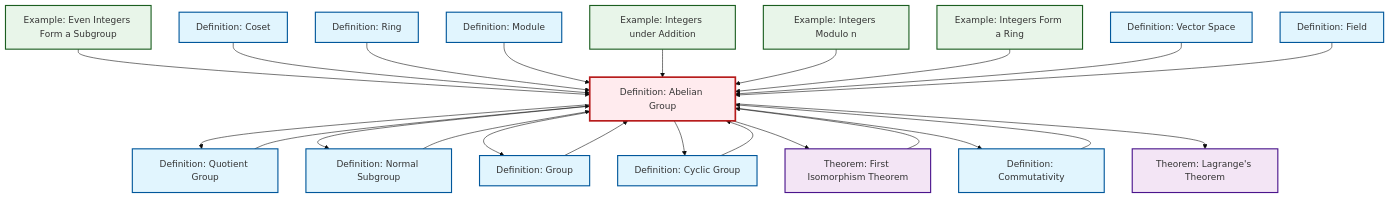
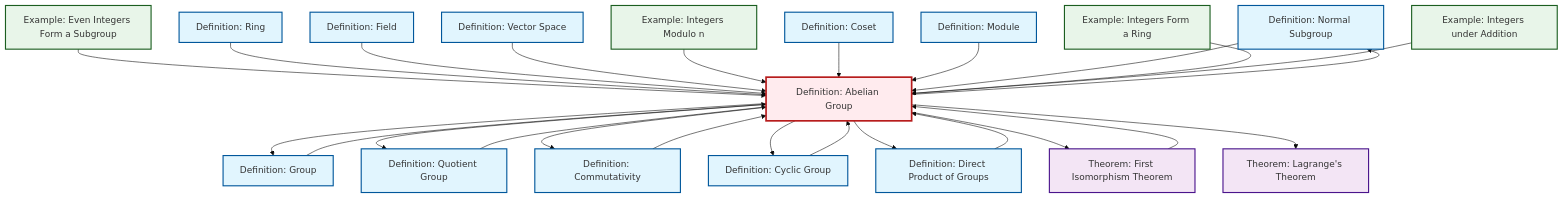
Before and after one commit to RK0429/ModernMath: the diagram in content/ja/algebra/def-abelian-group.qmd, drawn with Mermaid (base theme). The commit also changed other lines of this file and 360 other files, not shown here.

````diff
--- a/content/ja/algebra/def-abelian-group.qmd
+++ b/content/ja/algebra/def-abelian-group.qmd
@@ -102,65 +103,69 @@
 ```{mermaid}
 %%| fig-cap: "Local dependency graph"
 graph TD
     classDef definition fill:#e1f5fe,stroke:#01579b,stroke-width:2px
     classDef theorem fill:#f3e5f5,stroke:#4a148c,stroke-width:2px
     classDef axiom fill:#fff3e0,stroke:#e65100,stroke-width:2px
     classDef example fill:#e8f5e9,stroke:#1b5e20,stroke-width:2px
     classDef current fill:#ffebee,stroke:#b71c1c,stroke-width:3px
+    def-normal-subgroup["Definition: Normal Subgroup"]:::definition
+    def-quotient-group["Definition: Quotient Group"]:::definition
+    ex-even-integers-subgroup["Example: Even Integers Form a Subgroup"]:::example
+    def-abelian-group["Definition: Abelian Group"]:::definition
+    thm-lagrange["Theorem: Lagrange's Theorem"]:::theorem
+    thm-first-isomorphism["Theorem: First Isomorphism Theorem"]:::theorem
+    ex-integers-addition["Example: Integers under Addition"]:::example
+    def-coset["Definition: Coset"]:::definition
+    ex-quotient-integers-mod-n["Example: Integers Modulo n"]:::example
+    def-field["Definition: Field"]:::definition
     def-module["Definition: Module"]:::definition
-    ex-quotient-integers-mod-n["Example: Integers Modulo n"]:::example
-    def-abelian-group["Definition: Abelian Group"]:::definition
+    def-vector-space["Definition: Vector Space"]:::definition
+    def-cyclic-group["Definition: Cyclic Group"]:::definition
+    def-direct-product["Definition: Direct Product of Groups"]:::definition
+    def-group["Definition: Group"]:::definition
+    def-ring["Definition: Ring"]:::definition
     def-commutativity["Definition: Commutativity"]:::definition
-    def-normal-subgroup["Definition: Normal Subgroup"]:::definition
-    def-cyclic-group["Definition: Cyclic Group"]:::definition
-    thm-first-isomorphism["Theorem: First Isomorphism Theorem"]:::theorem
-    ex-even-integers-subgroup["Example: Even Integers Form a Subgroup"]:::example
-    def-coset["Definition: Coset"]:::definition
-    def-field["Definition: Field"]:::definition
-    def-group["Definition: Group"]:::definition
-    ex-integers-addition["Example: Integers under Addition"]:::example
-    thm-lagrange["Theorem: Lagrange's Theorem"]:::theorem
-    def-vector-space["Definition: Vector Space"]:::definition
-    def-ring["Definition: Ring"]:::definition
     ex-integers-ring["Example: Integers Form a Ring"]:::example
-    def-quotient-group["Definition: Quotient Group"]:::definition
+    def-cyclic-group --> def-abelian-group
+    def-abelian-group --> def-group
+    def-direct-product --> def-abelian-group
     ex-even-integers-subgroup --> def-abelian-group
+    def-ring --> def-abelian-group
+    def-abelian-group --> def-quotient-group
+    def-field --> def-abelian-group
+    def-vector-space --> def-abelian-group
+    def-abelian-group --> def-commutativity
+    thm-first-isomorphism --> def-abelian-group
+    ex-quotient-integers-mod-n --> def-abelian-group
+    def-abelian-group --> def-cyclic-group
     def-coset --> def-abelian-group
-    def-abelian-group --> def-quotient-group
-    def-ring --> def-abelian-group
+    def-module --> def-abelian-group
+    def-commutativity --> def-abelian-group
     def-normal-subgroup --> def-abelian-group
-    def-module --> def-abelian-group
+    def-group --> def-abelian-group
+    ex-integers-ring --> def-abelian-group
     ex-integers-addition --> def-abelian-group
-    def-group --> def-abelian-group
-    thm-first-isomorphism --> def-abelian-group
+    def-abelian-group --> def-direct-product
+    def-abelian-group --> thm-first-isomorphism
     def-quotient-group --> def-abelian-group
     def-abelian-group --> def-normal-subgroup
-    ex-quotient-integers-mod-n --> def-abelian-group
-    def-abelian-group --> def-group
-    def-commutativity --> def-abelian-group
-    def-abelian-group --> def-cyclic-group
-    def-abelian-group --> thm-first-isomorphism
-    def-abelian-group --> def-commutativity
-    ex-integers-ring --> def-abelian-group
     def-abelian-group --> thm-lagrange
-    def-vector-space --> def-abelian-group
-    def-field --> def-abelian-group
-    def-cyclic-group --> def-abelian-group
     class def-abelian-group current
+    click def-normal-subgroup "def-normal-subgroup.html" "Definition: Normal Subgroupへ"
+    click def-quotient-group "def-quotient-group.html" "Definition: Quotient Groupへ"
+    click ex-even-integers-subgroup "ex-even-integers-subgroup.html" "Example: Even Integers Form a Subgroupへ"
+    click thm-lagrange "thm-lagrange.html" "Theorem: Lagrange's Theoremへ"
+    click thm-first-isomorphism "thm-first-isomorphism.html" "Theorem: First Isomorphism Theoremへ"
+    click ex-integers-addition "ex-integers-addition.html" "Example: Integers under Additionへ"
+    click def-coset "def-coset.html" "Definition: Cosetへ"
+    click ex-quotient-integers-mod-n "ex-quotient-integers-mod-n.html" "Example: Integers Modulo nへ"
+    click def-field "def-field.html" "Definition: Fieldへ"
     click def-module "def-module.html" "Definition: Moduleへ"
-    click ex-quotient-integers-mod-n "ex-quotient-integers-mod-n.html" "Example: Integers Modulo nへ"
+    click def-vector-space "def-vector-space.html" "Definition: Vector Spaceへ"
+    click def-cyclic-group "def-cyclic-group.html" "Definition: Cyclic Groupへ"
+    click def-direct-product "def-direct-product.html" "Definition: Direct Product of Groupsへ"
+    click def-group "def-group.html" "Definition: Groupへ"
+    click def-ring "def-ring.html" "Definition: Ringへ"
     click def-commutativity "def-commutativity.html" "Definition: Commutativityへ"
-    click def-normal-subgroup "def-normal-subgroup.html" "Definition: Normal Subgroupへ"
-    click def-cyclic-group "def-cyclic-group.html" "Definition: Cyclic Groupへ"
-    click thm-first-isomorphism "thm-first-isomorphism.html" "Theorem: First Isomorphism Theoremへ"
-    click ex-even-integers-subgroup "ex-even-integers-subgroup.html" "Example: Even Integers Form a Subgroupへ"
-    click def-coset "def-coset.html" "Definition: Cosetへ"
-    click def-field "def-field.html" "Definition: Fieldへ"
-    click def-group "def-group.html" "Definition: Groupへ"
-    click ex-integers-addition "ex-integers-addition.html" "Example: Integers under Additionへ"
-    click thm-lagrange "thm-lagrange.html" "Theorem: Lagrange's Theoremへ"
-    click def-vector-space "def-vector-space.html" "Definition: Vector Spaceへ"
-    click def-ring "def-ring.html" "Definition: Ringへ"
     click ex-integers-ring "ex-integers-ring.html" "Example: Integers Form a Ringへ"
-    click def-quotient-group "def-quotient-group.html" "Definition: Quotient Groupへ"
 ```
````
